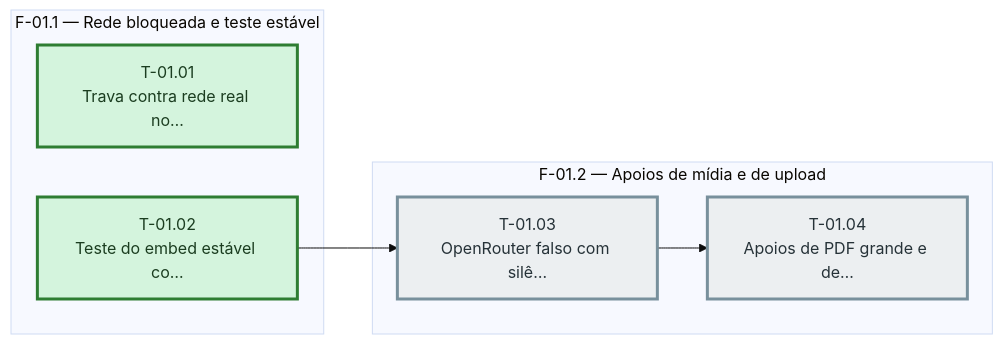
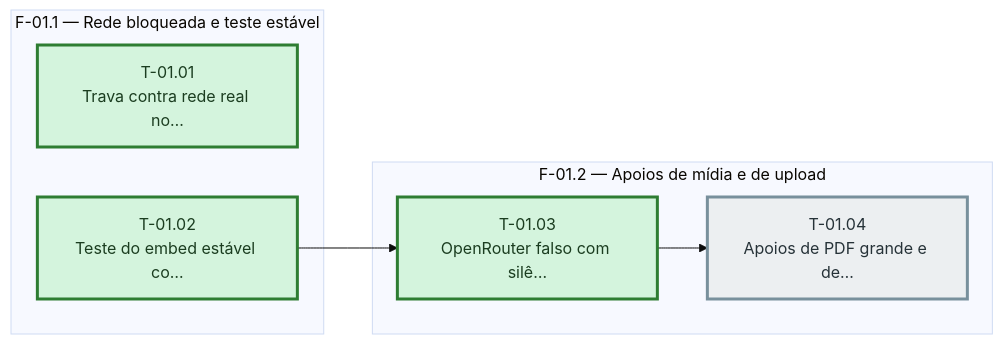
One commit to bittencourtthulio/converse-chatbot changed the diagram in docs/robustez-de-midia-e-operacao/sprint-01/fases.md. Above: the diagram before and after it, drawn with Mermaid (base theme). The commit also changed 7 other files, not shown here.

````diff
--- a/docs/robustez-de-midia-e-operacao/sprint-01/fases.md
+++ b/docs/robustez-de-midia-e-operacao/sprint-01/fases.md
@@ -31,25 +31,26 @@
 ```mermaid
 %% Grafo de tasks — sprint-01 — gerado pela sprintx a partir de tasks.md
 flowchart LR
   subgraph fase_01_1["F-01.1 — Rede bloqueada e teste estável"]
     T_01_01["T-01.01<br/>Trava contra rede real no…"]
     T_01_02["T-01.02<br/>Teste do embed estável co…"]
   end
   subgraph fase_01_2["F-01.2 — Apoios de mídia e de upload"]
     T_01_03["T-01.03<br/>OpenRouter falso com silê…"]
     T_01_04["T-01.04<br/>Apoios de PDF grande e de…"]
   end
   T_01_02 --> T_01_03
   T_01_03 --> T_01_04
 
   classDef concluida fill:#d4f4dd,stroke:#2e7d32,color:#1b3d20
   classDef andamento fill:#fff3cd,stroke:#b8860b,color:#4a3800
   classDef bloqueada fill:#f8d7da,stroke:#c62828,color:#4a1d1f
   classDef pendente  fill:#eceff1,stroke:#78909c,color:#263238
   classDef critico   stroke-width:3px
 
-  class T_01_03,T_01_04 pendente
+  class T_01_04 pendente
   class T_01_01 concluida
   class T_01_02 concluida
+  class T_01_03 concluida
   class T_01_01,T_01_02,T_01_03,T_01_04 critico
 ```
````
